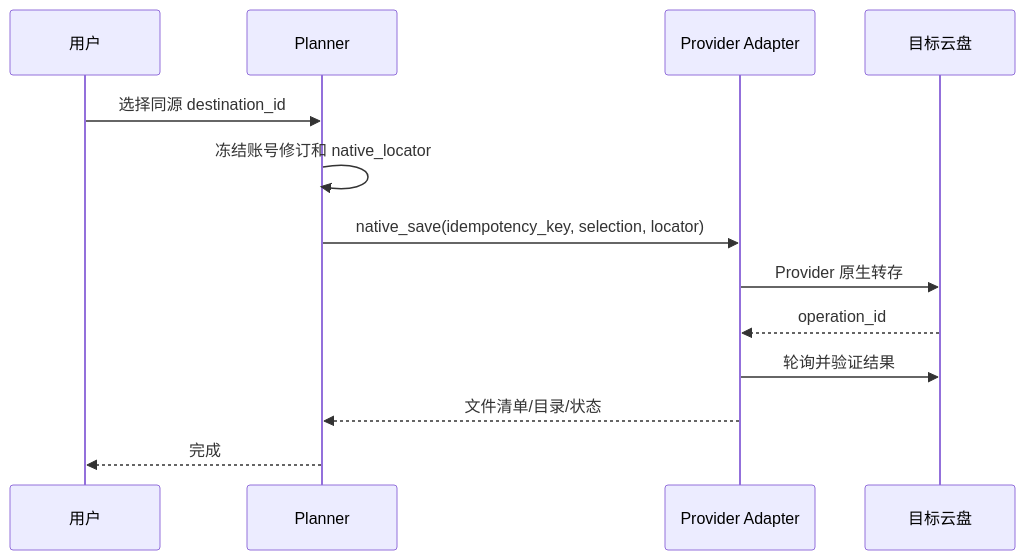
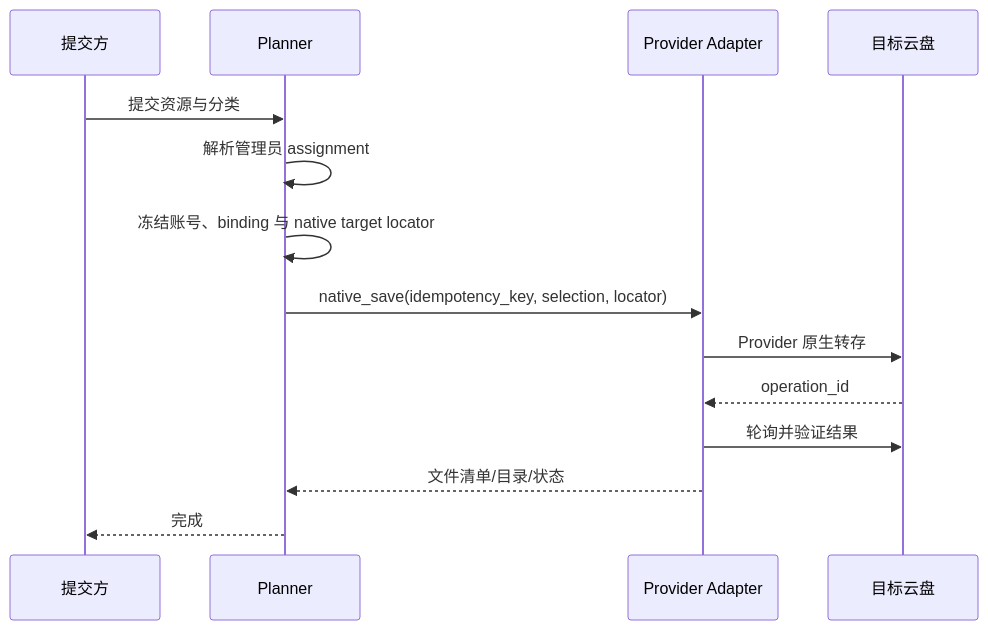
One commit to aichuguang/fnos-search changed the second of 4 diagrams in docs/V1.0多链路设计文档.md. Above: the diagram before and after it, drawn with Mermaid. The commit also changed other lines of this file and 236 other files, not shown here.

````diff
--- a/docs/V1.0多链路设计文档.md
+++ b/docs/V1.0多链路设计文档.md
@@ -683,15 +907,16 @@
 ```mermaid
 sequenceDiagram
-    participant U as 用户
+    participant U as 提交方
     participant P as Planner
     participant A as Provider Adapter
     participant C as 目标云盘
-    U->>P: 选择同源 destination_id
-    P->>P: 冻结账号修订和 native_locator
+    U->>P: 提交资源与分类
+    P->>P: 解析管理员 assignment
+    P->>P: 冻结账号、binding 与 native target locator
     P->>A: native_save(idempotency_key, selection, locator)
     A->>C: Provider 原生转存
     C-->>A: operation_id
     A->>C: 轮询并验证结果
     A-->>P: 文件清单/目录/状态
     P-->>U: 完成
 ```
````
